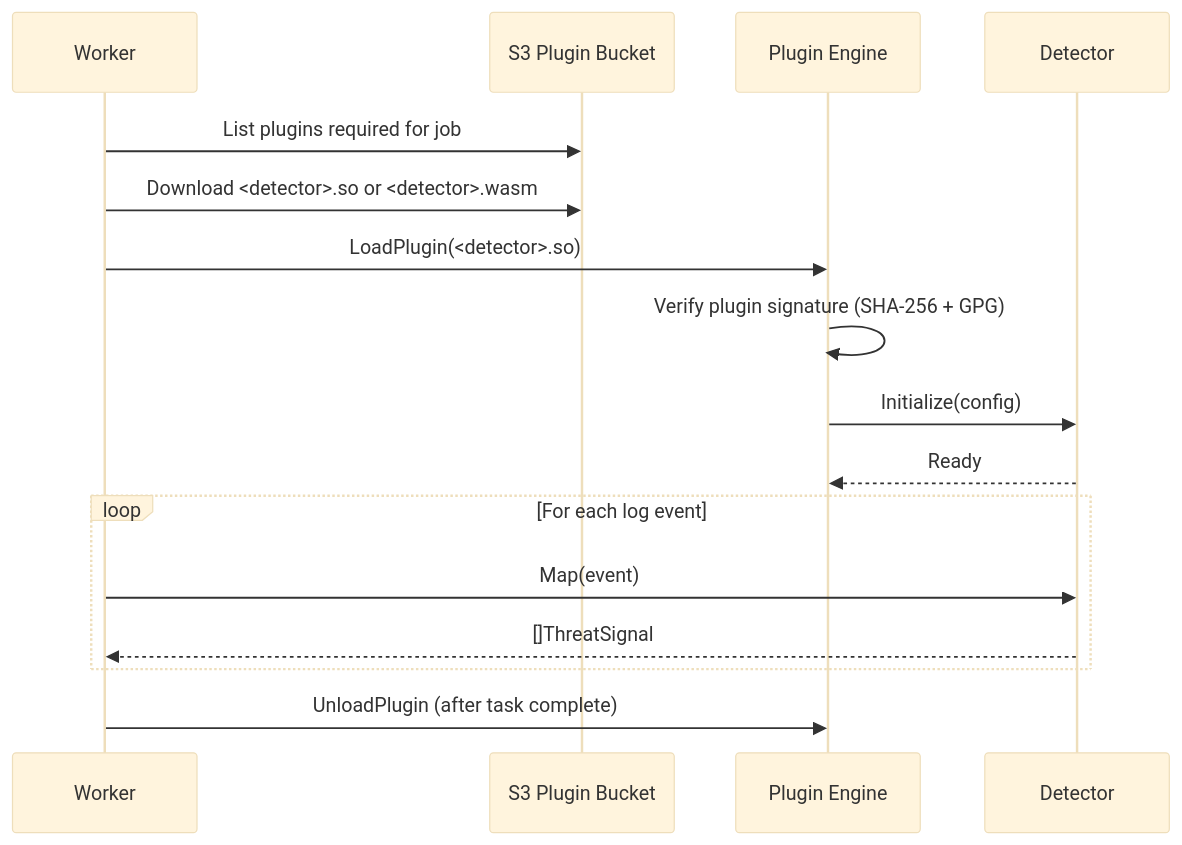
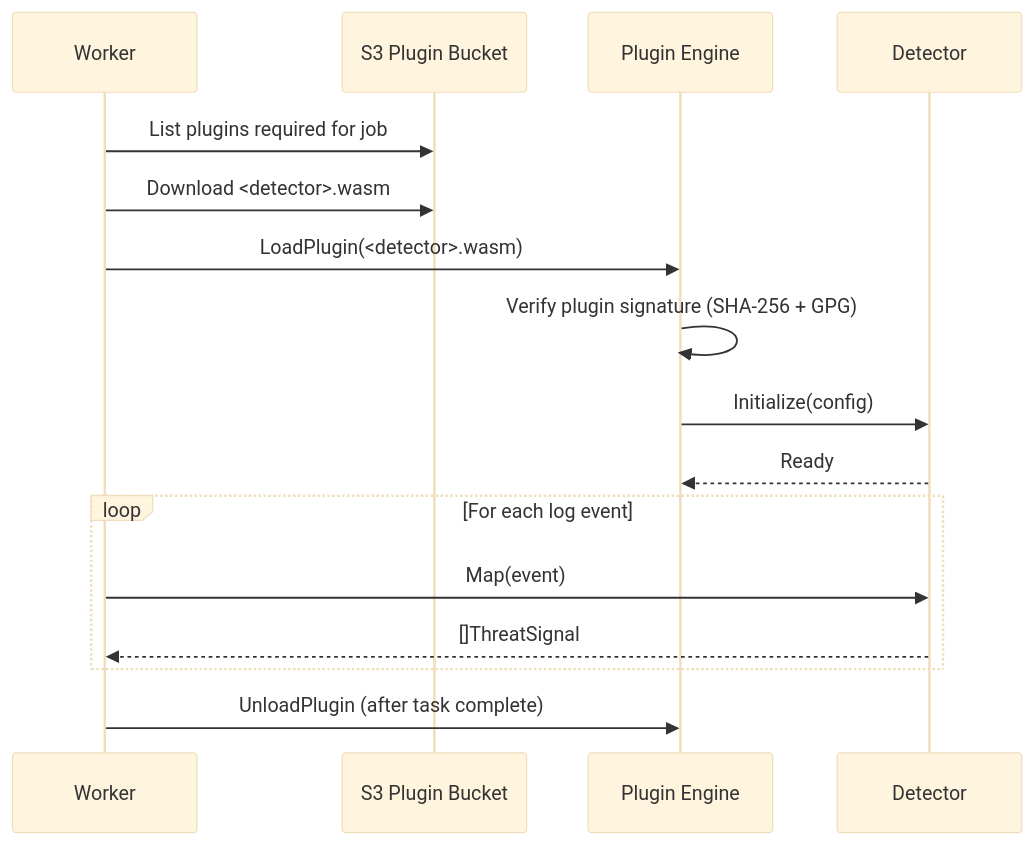
One commit to prateekpurohit13/frien changed diagram 23 of 29 in docs/FRIEN_ARCHITECTURE.md. Above: the diagram before and after it, drawn with Mermaid (base theme). The commit also changed other lines of this file, not shown here.

````diff
--- a/docs/FRIEN_ARCHITECTURE.md
+++ b/docs/FRIEN_ARCHITECTURE.md
@@ -987,19 +1576,19 @@
 ```mermaid
 sequenceDiagram
     participant W as Worker
     participant S3 as S3 Plugin Bucket
     participant PE as Plugin Engine
     participant D as Detector
 
     W->>S3: List plugins required for job
-    W->>S3: Download <detector>.so or <detector>.wasm
-    W->>PE: LoadPlugin(<detector>.so)
+    W->>S3: Download <detector>.wasm
+    W->>PE: LoadPlugin(<detector>.wasm)
     PE->>PE: Verify plugin signature (SHA-256 + GPG)
     PE->>D: Initialize(config)
     D-->>PE: Ready
     loop For each log event
         W->>D: Map(event)
         D-->>W: []ThreatSignal
     end
     W->>PE: UnloadPlugin (after task complete)
 ```
````
